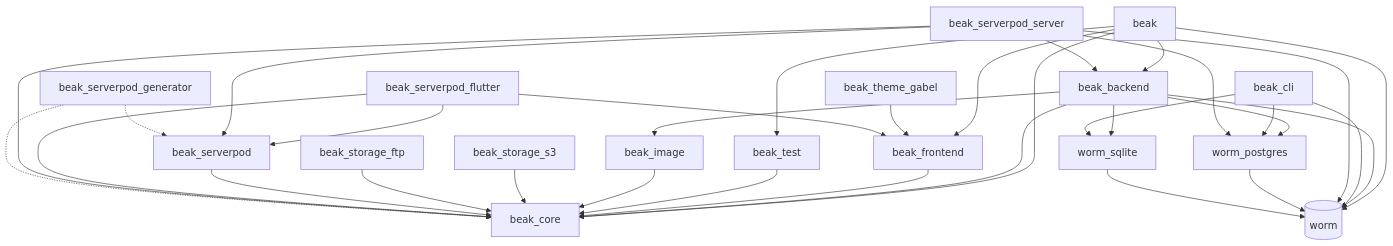
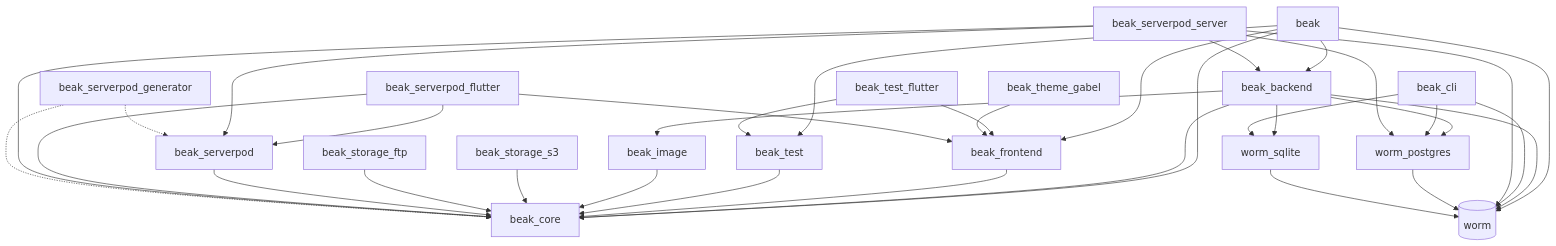
Before and after one commit to SimonErich/beak: the diagram in docs/reference/packages.md, drawn with Mermaid. The commit also changed other lines of this file and 2 other files, not shown here.

Commit message:
docs: list beak_test_flutter in the package reference

````diff
--- a/docs/reference/packages.md
+++ b/docs/reference/packages.md
@@ -115,53 +116,56 @@
 ```mermaid
 flowchart TD
   umb[beak]
   core[beak_core]
   backend[beak_backend]
   frontend[beak_frontend]
   testkit[beak_test]
+  testkitf[beak_test_flutter]
   image[beak_image]
   s3[beak_storage_s3]
   ftp[beak_storage_ftp]
   gabel[beak_theme_gabel]
   cli[beak_cli]
   sp[beak_serverpod]
   spf[beak_serverpod_flutter]
   sps[beak_serverpod_server]
   spg[beak_serverpod_generator]
   worm[(worm)]
   wpg[worm_postgres]
   wsq[worm_sqlite]
 
   umb --> core
   umb --> backend
   umb --> frontend
   umb --> testkit
   umb --> worm
   backend --> core
   backend --> image
   backend --> worm
   backend --> wpg
   backend --> wsq
   frontend --> core
   testkit --> core
+  testkitf --> testkit
+  testkitf --> frontend
   image --> core
   s3 --> core
   ftp --> core
   gabel --> frontend
   cli --> worm
   cli --> wpg
   cli --> wsq
   sp --> core
   spf --> core
   spf --> frontend
   spf --> sp
   sps --> backend
   sps --> core
   sps --> sp
   sps --> worm
   sps --> wpg
   spg -.-> core
   spg -.-> sp
   wpg --> worm
   wsq --> worm
 ```
````
